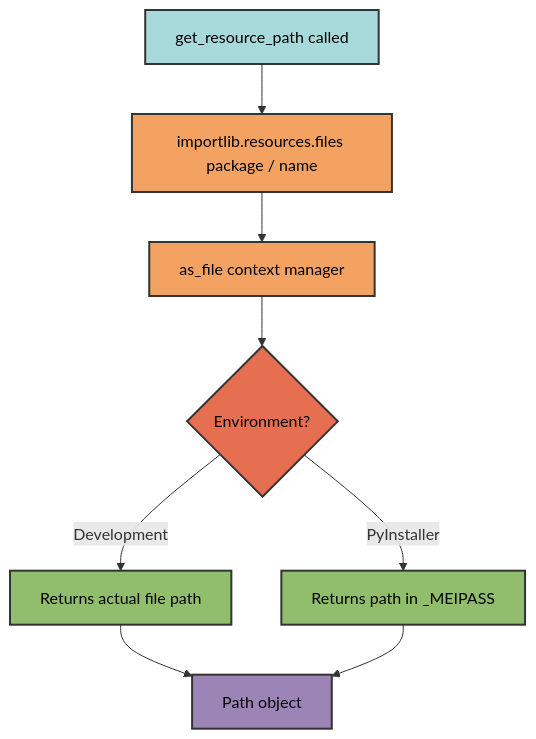
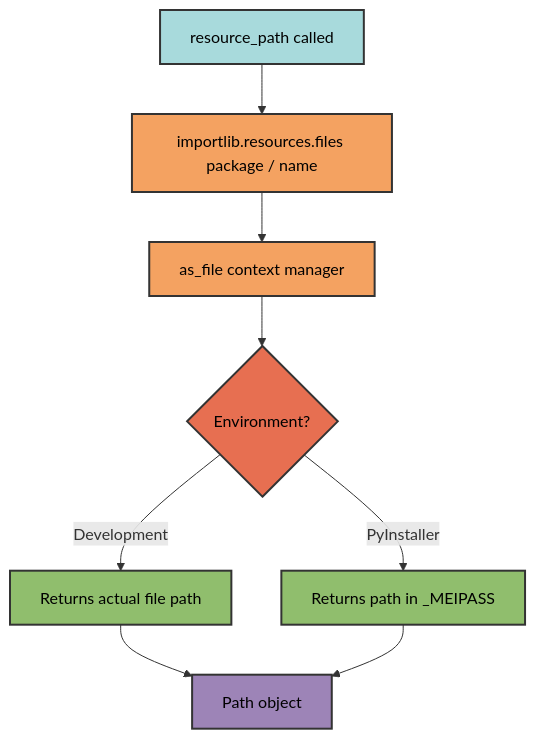
Before and after one commit to Winipedia/pyrig: the first of 2 diagrams in docs/resources/resources.md, drawn with Mermaid. The commit also changed other lines of this file and 127 other files, not shown here.

````diff
--- a/docs/resources/resources.md
+++ b/docs/resources/resources.md
@@ -57,18 +57,18 @@
 ```mermaid
 graph TD
-    A[get_resource_path called] --> B[importlib.resources.files package / name]
+    A[resource_path called] --> B[importlib.resources.files package / name]
     B --> C[as_file context manager]
     C --> D{Environment?}
     D -->|Development| E[Returns actual file path]
     D -->|PyInstaller| F[Returns path in _MEIPASS]
     E --> G[Path object]
     F --> G
 
     style A fill:#a8dadc,stroke:#333,stroke-width:2px,color:#000
     style B fill:#f4a261,stroke:#333,stroke-width:2px,color:#000
     style C fill:#f4a261,stroke:#333,stroke-width:2px,color:#000
     style D fill:#e76f51,stroke:#333,stroke-width:2px,color:#000
     style E fill:#90be6d,stroke:#333,stroke-width:2px,color:#000
     style F fill:#90be6d,stroke:#333,stroke-width:2px,color:#000
     style G fill:#9d84b7,stroke:#333,stroke-width:2px,color:#000
 ```
````
